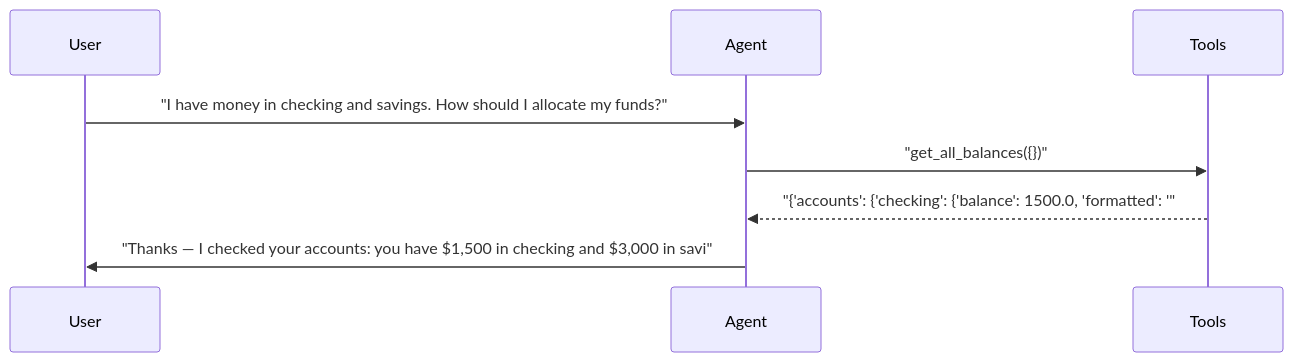
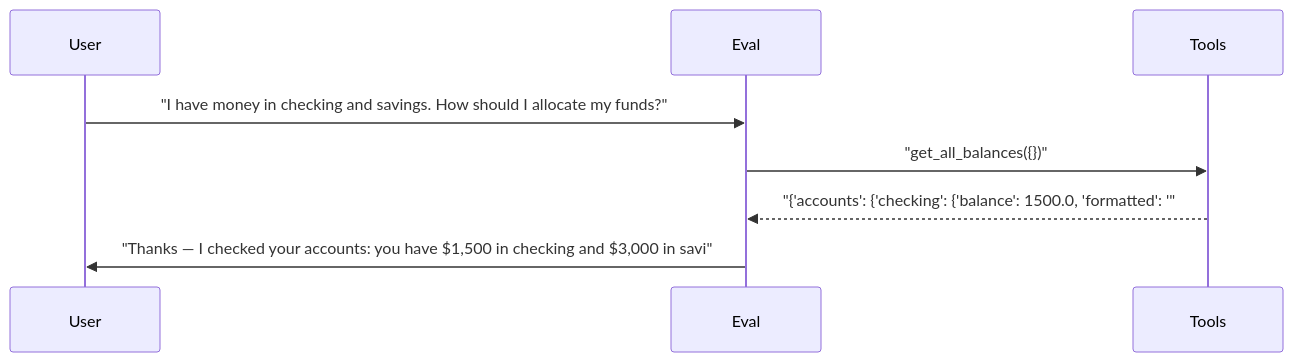
One commit to sbroenne/pytest-skill-engineering changed the sixth of 6 diagrams in docs/reports/04_agent_selector.md. Above: the diagram before and after it, drawn with Mermaid. The commit also changed other lines of this file and 155 other files, not shown here.

````diff
--- a/docs/reports/04_agent_selector.md
+++ b/docs/reports/04_agent_selector.md
@@ -379,11 +379,11 @@
 ```mermaid
 sequenceDiagram
     participant User
-    participant Agent
+    participant Eval
     participant Tools
 
-    User->>Agent: "I have money in checking and savings. How should I allocate my funds?"
-    Agent->>Tools: "get_all_balances({})"
-    Tools-->>Agent: "{'accounts': {'checking': {'balance': 1500.0, 'formatted': '"
-    Agent->>User: "Thanks — I checked your accounts: you have $1,500 in checking and $3,000 in savi"
+    User->>Eval: "I have money in checking and savings. How should I allocate my funds?"
+    Eval->>Tools: "get_all_balances({})"
+    Tools-->>Eval: "{'accounts': {'checking': {'balance': 1500.0, 'formatted': '"
+    Eval->>User: "Thanks — I checked your accounts: you have $1,500 in checking and $3,000 in savi"
 ```
````
